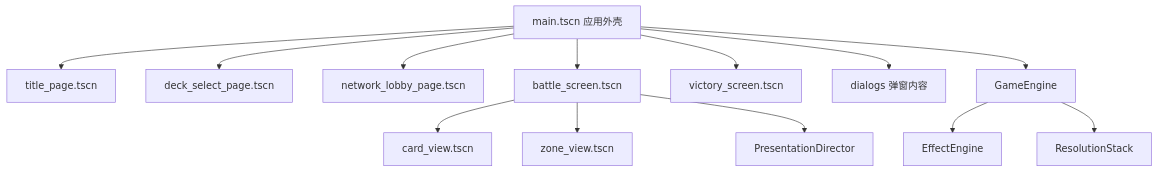
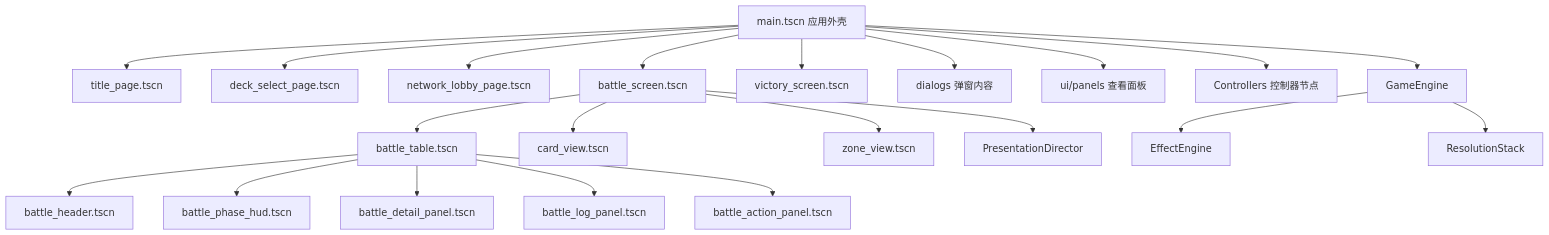
One commit to Endnight-ZHW/PokemonTCG changed the first of 3 diagrams in docs/GODOT_DEVELOPMENT_GUIDE.md. Above: the diagram before and after it, drawn with Mermaid. The commit also changed other lines of this file and 53 other files, not shown here.

````diff
--- a/docs/GODOT_DEVELOPMENT_GUIDE.md
+++ b/docs/GODOT_DEVELOPMENT_GUIDE.md
@@ -69,15 +69,23 @@
 ```mermaid
 flowchart TD
     Main[main.tscn 应用外壳] --> Title[title_page.tscn]
     Main --> Decks[deck_select_page.tscn]
     Main --> Network[network_lobby_page.tscn]
     Main --> Battle[battle_screen.tscn]
     Main --> Victory[victory_screen.tscn]
     Main --> Dialogs[dialogs 弹窗内容]
+    Main --> Panels[ui/panels 查看面板]
+    Main --> Controllers[Controllers 控制器节点]
+    Battle --> Table[battle_table.tscn]
+    Table --> Header[battle_header.tscn]
+    Table --> HUD[battle_phase_hud.tscn]
+    Table --> Detail[battle_detail_panel.tscn]
+    Table --> Log[battle_log_panel.tscn]
+    Table --> Actions[battle_action_panel.tscn]
     Battle --> Card[card_view.tscn]
     Battle --> Zone[zone_view.tscn]
     Battle --> Presentation[PresentationDirector]
     Main --> Engine[GameEngine]
     Engine --> Effects[EffectEngine]
     Engine --> Stack[ResolutionStack]
 ```
````
